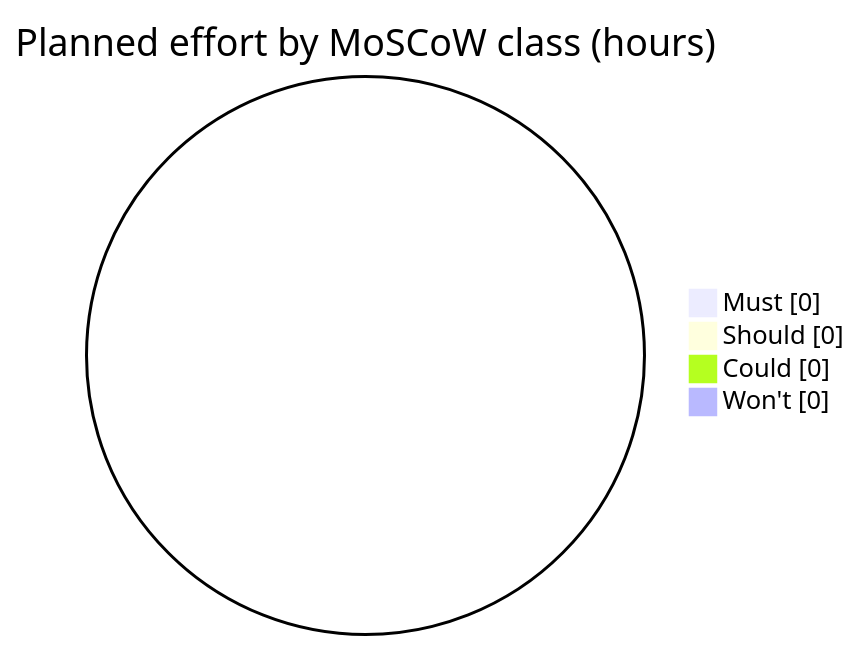
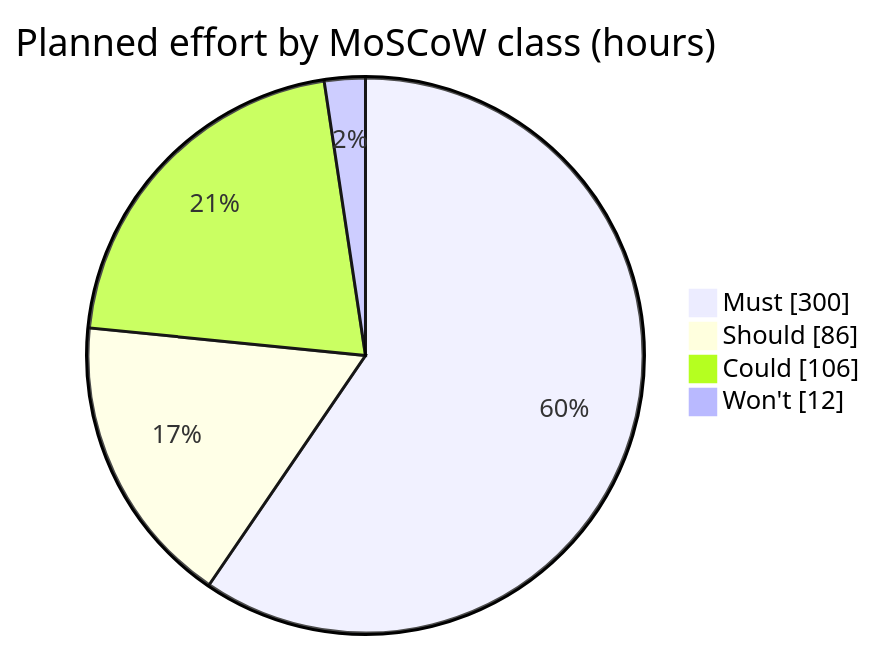
One commit to menhean0168-ctrl/IT-Project-Management_Team2 changed the diagram in moscow.md. Above: the diagram before and after it, drawn with Mermaid. The commit also changed other lines of this file and 1 other file, not shown here.

````diff
--- a/moscow.md
+++ b/moscow.md
@@ -36,8 +42,8 @@
 ```mermaid
 pie showData
     title Planned effort by MoSCoW class (hours)
-    "Must" : 0
-    "Should" : 0
-    "Could" : 0
-    "Won't" : 0
+    "Must" : 300
+    "Should" : 86
+    "Could" : 106
+    "Won't" : 12
 ```
````
